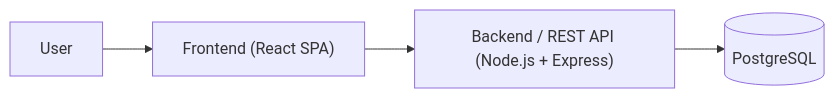
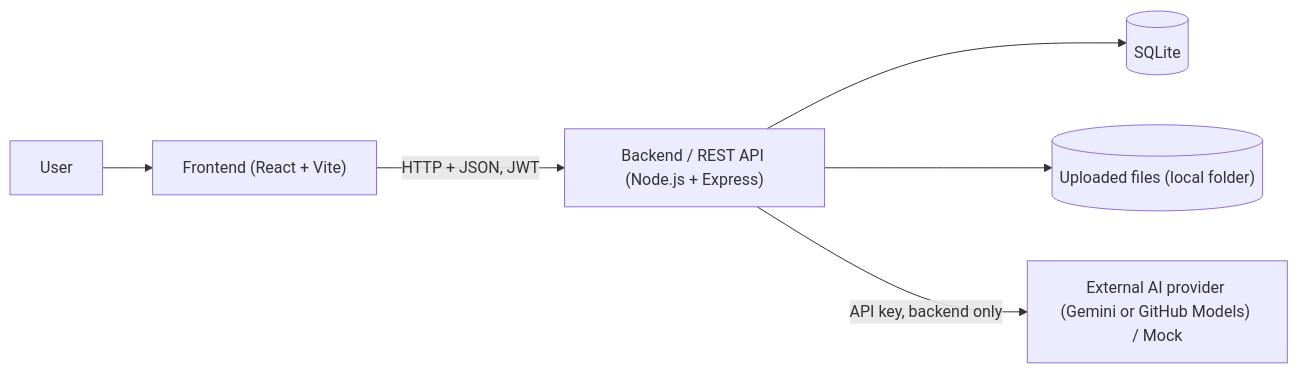
One commit to Alsoren/child-development-platform changed the first of 6 diagrams in docs/SDD.md. Above: the diagram before and after it, drawn with Mermaid. The commit also changed other lines of this file, not shown here.

Commit message:
SCRUM-12 Rewrite SDD for SQLite, access rules and AI module

````diff
--- a/docs/SDD.md
+++ b/docs/SDD.md
@@ -13,6 +13,8 @@
 ```mermaid
 flowchart LR
-    User --> Frontend["Frontend (React SPA)"]
-    Frontend --> Backend["Backend / REST API (Node.js + Express)"]
-    Backend --> DB[(PostgreSQL)]
+    User --> Frontend["Frontend (React + Vite)"]
+    Frontend -->|"HTTP + JSON, JWT"| Backend["Backend / REST API (Node.js + Express)"]
+    Backend --> DB[(SQLite)]
+    Backend --> Files[("Uploaded files (local folder)")]
+    Backend -->|"API key, backend only"| AI["External AI provider (Gemini or GitHub Models) / Mock"]
 ```
````
